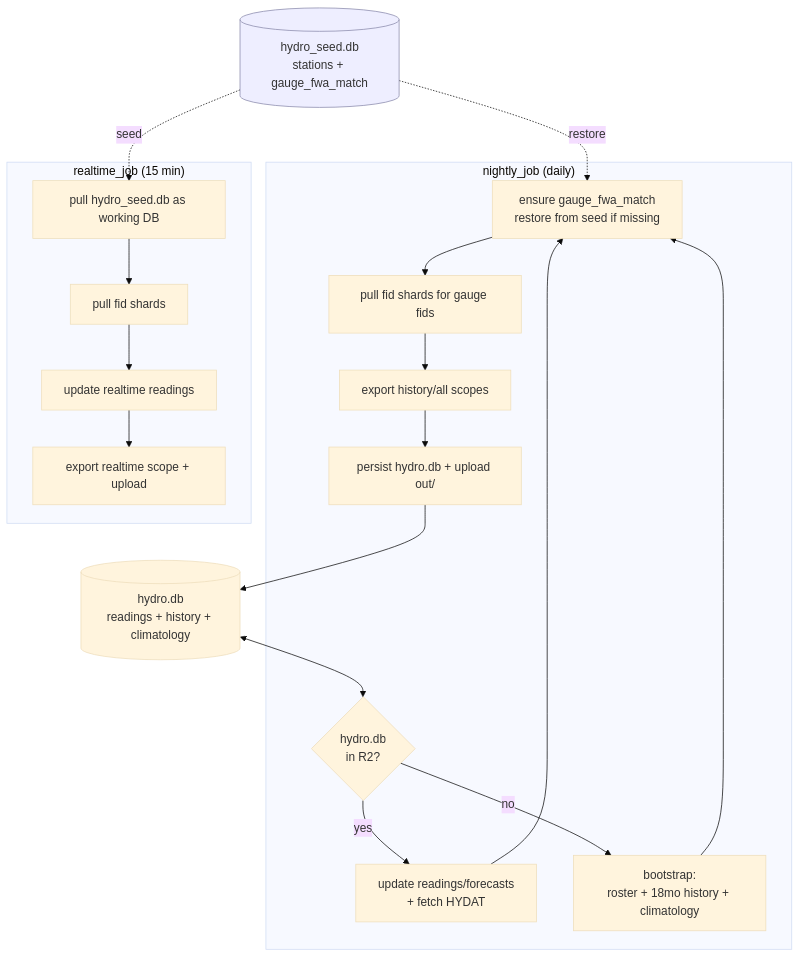
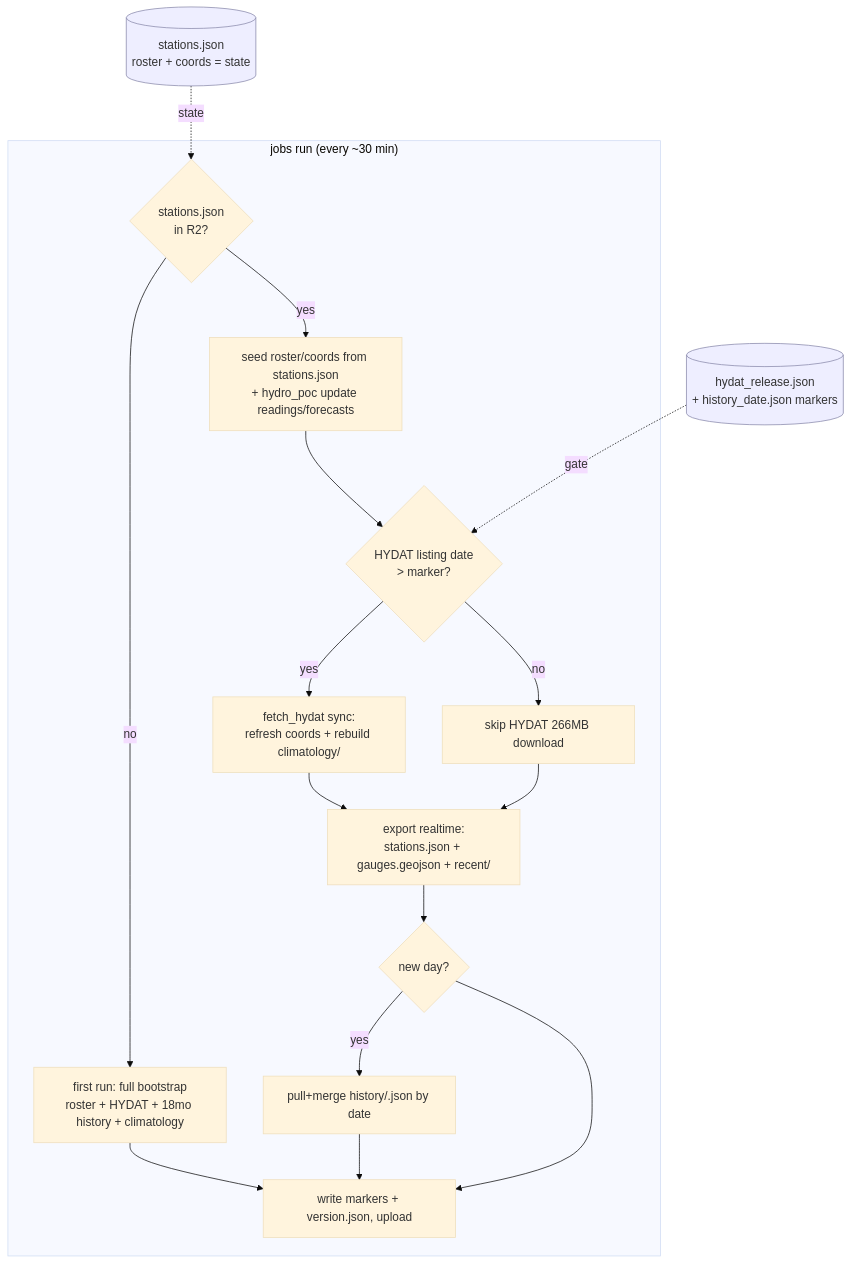
One commit to HorvathDawson/BC-freshwater-fishing-regulations changed the second of 4 diagrams in pipeline/recurring/CRON_DATA_FLOW.md. Above: the diagram before and after it, drawn with Mermaid (base theme). The commit also changed other lines of this file and 31 other files, not shown here.

First line of the commit message:
refactor(infra): DB-less crons, static match tables, manifest layers, geo gate

````diff
--- a/pipeline/recurring/CRON_DATA_FLOW.md
+++ b/pipeline/recurring/CRON_DATA_FLOW.md
@@ -60,29 +70,26 @@
 ```mermaid
 flowchart TD
-    SEED[(hydro_seed.db<br/>stations + gauge_fwa_match)]:::ext
-    HDB[(hydro.db<br/>readings + history + climatology)]
+    IDX[(stations.json<br/>roster + coords = state)]:::ext
+    HYD[(hydat_release.json<br/>+ history_date.json markers)]:::ext
 
-    subgraph nightly["nightly_job (daily)"]
-        N1{hydro.db<br/>in R2?}
-        N1 -->|yes| N2[update readings/forecasts<br/>+ fetch HYDAT]
-        N1 -->|no| N3[bootstrap:<br/>roster + 18mo history + climatology]
-        N2 --> N4
-        N3 --> N4[ensure gauge_fwa_match<br/>restore from seed if missing]
-        N4 --> N5[pull fid shards for gauge fids]
-        N5 --> N6[export history/all scopes]
-        N6 --> N7[persist hydro.db + upload out/]
+    subgraph run["jobs run (every ~30 min)"]
+        A{stations.json<br/>in R2?}
+        A -->|no| B[first run: full bootstrap<br/>roster + HYDAT + 18mo history + climatology]
+        A -->|yes| C[seed roster/coords from stations.json<br/>+ hydro_poc update readings/forecasts]
+        C --> D{HYDAT listing date<br/>> marker?}
+        D -->|yes| E[fetch_hydat sync:<br/>refresh coords + rebuild climatology/]
+        D -->|no| F[skip HYDAT 266MB download]
+        E --> G
+        F --> G[export realtime:<br/>stations.json + gauges.geojson + recent/]
+        G --> H{new day?}
+        H -->|yes| I[pull+merge history/<id>.json by date]
+        H --> J[write markers + version.json, upload]
+        I --> J
+        B --> J
     end
 
-    subgraph realtime["realtime_job (15 min)"]
-        R1[pull hydro_seed.db as working DB] --> R2b[pull fid shards]
-        R2b --> R3[update realtime readings]
-        R3 --> R4[export realtime scope + upload]
-    end
-
-    SEED -.seed.-> R1
-    SEED -.restore.-> N4
-    HDB <--> N1
-    N7 --> HDB
+    IDX -.state.-> A
+    HYD -.gate.-> D
 
     classDef ext fill:#eef,stroke:#88a;
 ```
````
